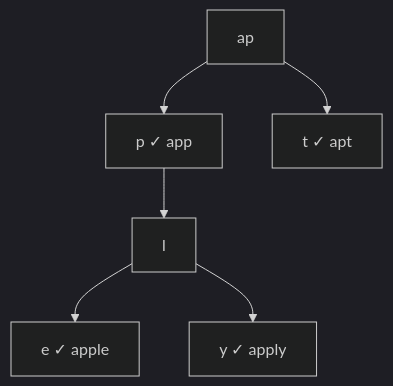
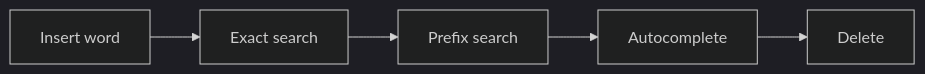
The second of 16 diagrams in docs/datastructures/trie.md (9999dude/omega), drawn with Mermaid (dark theme) before and after one commit. The commit also changed other lines of this file and 58 other files, not shown here.

````diff
--- a/docs/datastructures/trie.md
+++ b/docs/datastructures/trie.md
@@ -643,9 +59,8 @@
 ```mermaid
-graph TD
-    AP["ap"] --> P["p ✓ app"]
-    AP --> T["t ✓ apt"]
-
-    P --> L["l"]
-    L --> E["e ✓ apple"]
-    L --> Y["y ✓ apply"]
+flowchart LR
+    A0["Insert word"]
+    A0 --> A1["Exact search"]
+    A1 --> A2["Prefix search"]
+    A2 --> A3["Autocomplete"]
+    A3 --> A4["Delete"]
 ```
````
